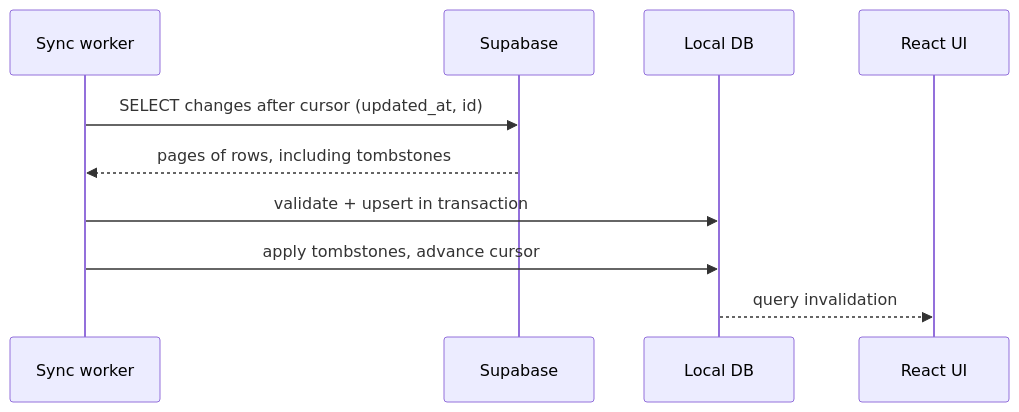
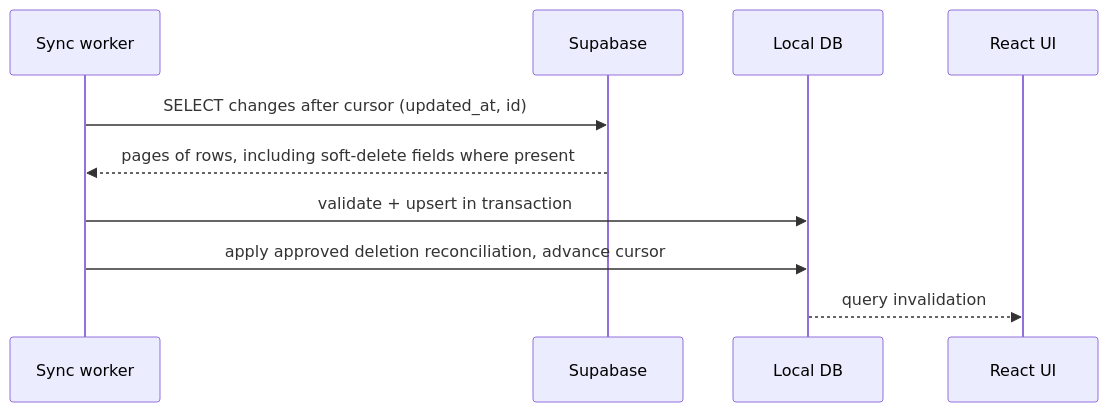
Before and after one commit to CyferBoy/Neo_Child_Clinic-Desktop: the fourth of 5 diagrams in docs/Knowledge_Base/Architecture/Data-Flows.md, drawn with Mermaid. The commit also changed other lines of this file and 67 other files, not shown here.

Commit message:
docs: complete validation and Phase 0B architecture review

````diff
--- a/docs/Knowledge_Base/Architecture/Data-Flows.md
+++ b/docs/Knowledge_Base/Architecture/Data-Flows.md
@@ -88,13 +88,13 @@
 ```mermaid
 sequenceDiagram
     participant Sync as Sync worker
     participant PG as Supabase
     participant DB as Local DB
     participant UI as React UI
 
     Sync->>PG: SELECT changes after cursor (updated_at, id)
-    PG-->>Sync: pages of rows, including tombstones
+    PG-->>Sync: pages of rows, including soft-delete fields where present
     Sync->>DB: validate + upsert in transaction
-    Sync->>DB: apply tombstones, advance cursor
+    Sync->>DB: apply approved deletion reconciliation, advance cursor
     DB-->>UI: query invalidation
 ```
````
